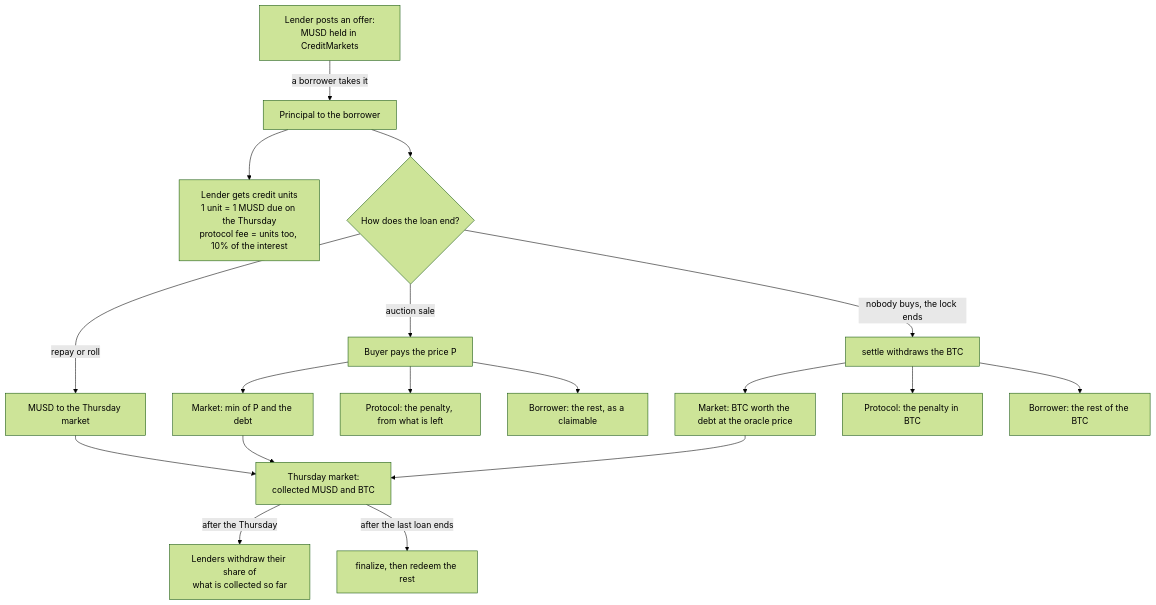
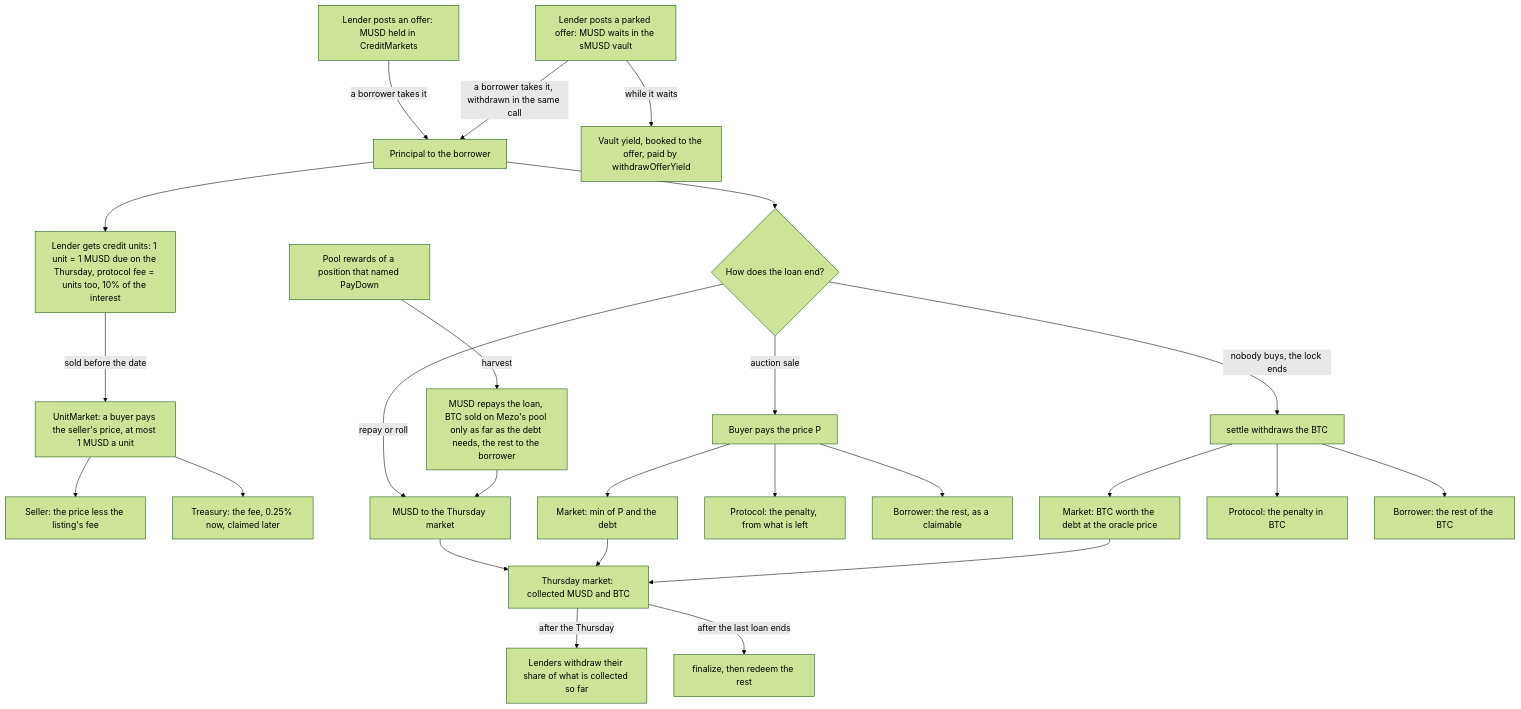
The third of 3 diagrams in ARCHITECTURE.md (ramakrishnanhulk20/doji), drawn with Mermaid (forest theme) before and after one commit. The commit also changed other lines of this file and 12 other files, not shown here.

````diff
--- a/ARCHITECTURE.md
+++ b/ARCHITECTURE.md
@@ -75,20 +93,27 @@
 ```mermaid
 flowchart TB
-  O[Lender posts an offer:<br/>MUSD held in CreditMarkets] -->|a borrower takes it| P[Principal to the borrower]
-  P --> U[Lender gets credit units<br/>1 unit = 1 MUSD due on the Thursday<br/>protocol fee = units too, 10% of the interest]
+  O["Lender posts an offer: MUSD held in CreditMarkets"] -->|a borrower takes it| P[Principal to the borrower]
+  OP["Lender posts a parked offer: MUSD waits in the sMUSD vault"] -->|a borrower takes it, withdrawn in the same call| P
+  OP -->|while it waits| Y["Vault yield, booked to the offer, paid by withdrawOfferYield"]
+  P --> U["Lender gets credit units: 1 unit = 1 MUSD due on the Thursday, protocol fee = units too, 10% of the interest"]
+  U -->|sold before the date| UM["UnitMarket: a buyer pays the seller's price, at most 1 MUSD a unit"]
+  UM --> UM1["Seller: the price less the listing's fee"]
+  UM --> UM2["Treasury: the fee, 0.25% now, claimed later"]
   P --> R{How does the loan end?}
+  RW["Pool rewards of a position that named PayDown"] -->|harvest| H["MUSD repays the loan, BTC sold on Mezo's pool only as far as the debt needs, the rest to the borrower"]
   R -->|repay or roll| C1[MUSD to the Thursday market]
+  H --> C1
   R -->|auction sale| S[Buyer pays the price P]
   S --> S1[Market: min of P and the debt]
   S --> S2[Protocol: the penalty, from what is left]
   S --> S3[Borrower: the rest, as a claimable]
   R -->|nobody buys, the lock ends| T[settle withdraws the BTC]
   T --> T1[Market: BTC worth the debt at the oracle price]
   T --> T2[Protocol: the penalty in BTC]
   T --> T3[Borrower: the rest of the BTC]
-  C1 --> M[Thursday market:<br/>collected MUSD and BTC]
+  C1 --> M["Thursday market: collected MUSD and BTC"]
   S1 --> M
   T1 --> M
-  M -->|after the Thursday| W[Lenders withdraw their share of<br/>what is collected so far]
+  M -->|after the Thursday| W[Lenders withdraw their share of what is collected so far]
   M -->|after the last loan ends| F[finalize, then redeem the rest]
 ```
````
